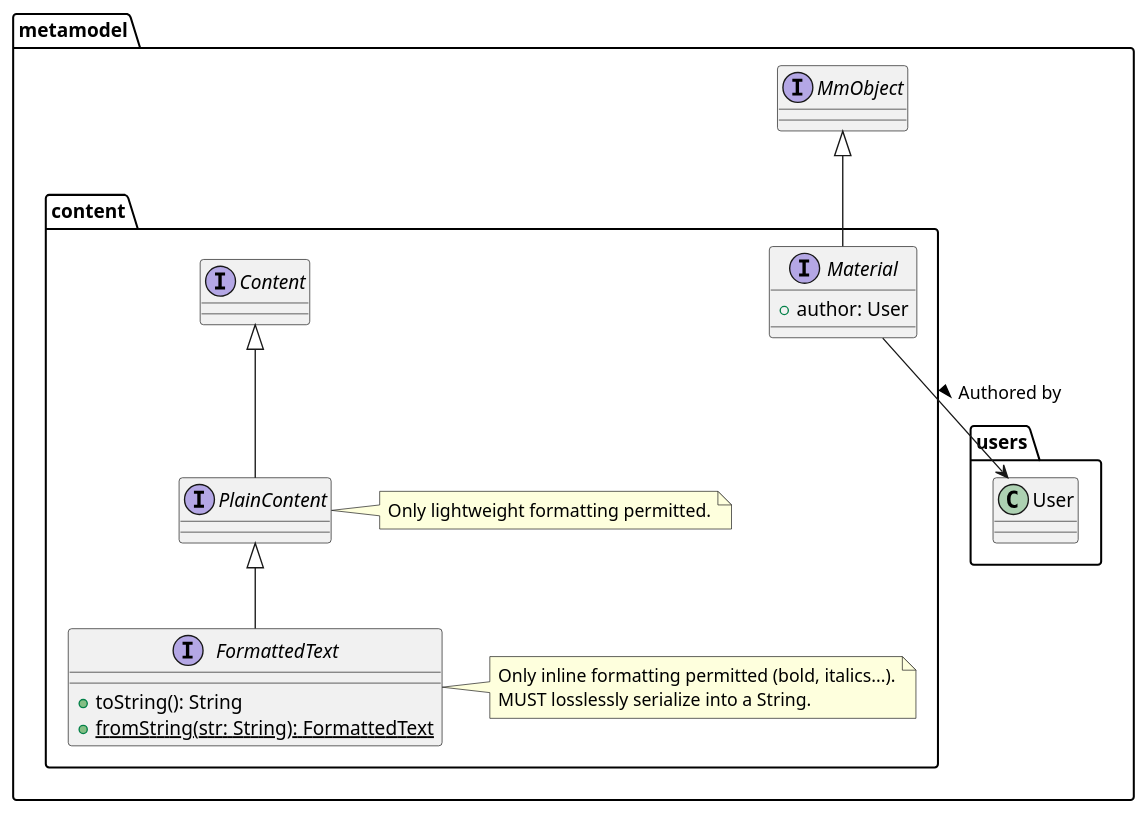
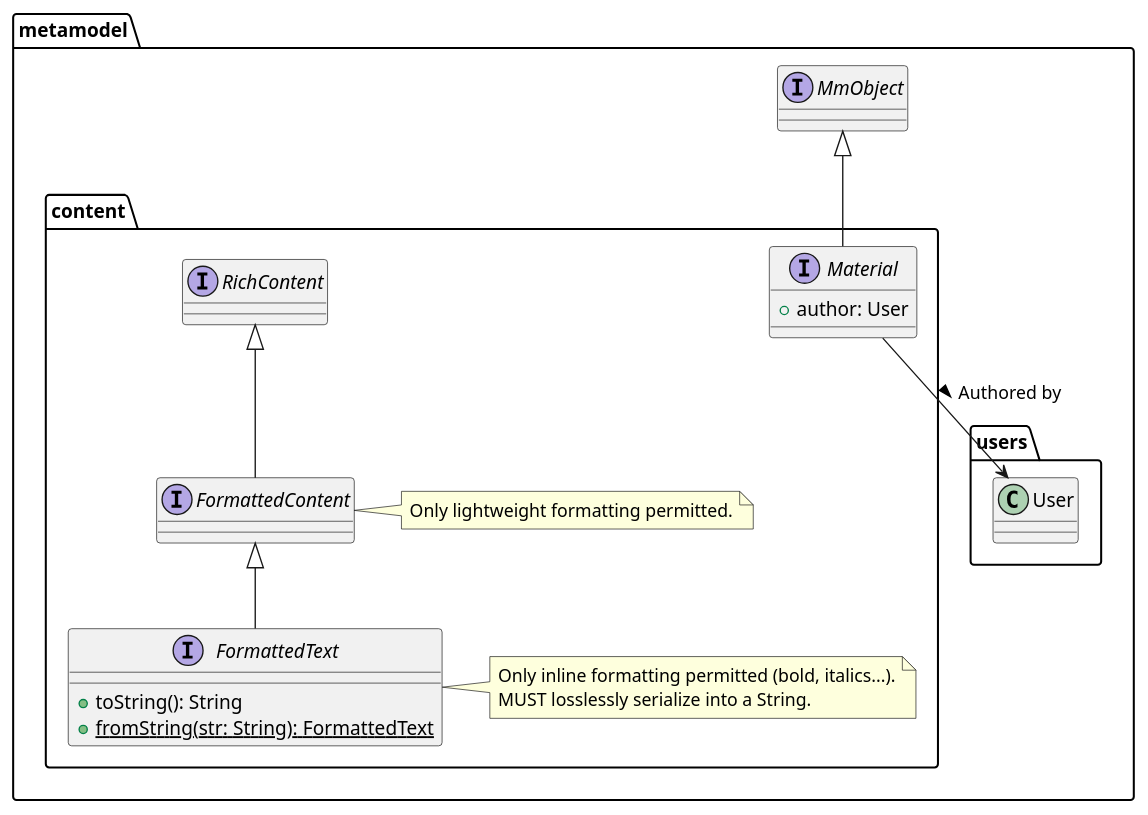
One commit to elaastic/ElaastiX changed the diagram in docs/technical/uml/metamodel/content.puml. Above: the diagram before and after it, drawn with PlantUML. The commit also changed 7 other files, not shown here.

```diff
--- a/docs/technical/uml/metamodel/content.puml
+++ b/docs/technical/uml/metamodel/content.puml
@@ -1,29 +1,29 @@
 @startuml
 'https://plantuml.com/class-diagram
 
 package metamodel.content {
 	' Resource?
 	interface Material extends metamodel.MmObject {
 		'TODO: consider richer authorship information
 		+author: User
 	}
 
-	interface Content
+	interface RichContent
 
-	interface PlainContent extends Content
+	interface FormattedContent extends RichContent
 	note right: Only lightweight formatting permitted.
 
-	interface FormattedText extends PlainContent {
+	interface FormattedText extends FormattedContent {
 		+toString(): String
 		{static} +fromString(str: String): FormattedText
 	}
 
 	note right
 		Only inline formatting permitted (bold, italics...).
 		MUST losslessly serialize into a String.
 	end note
 
 	Material --> metamodel.users.User: Authored by >
 }
 
 @enduml
```
